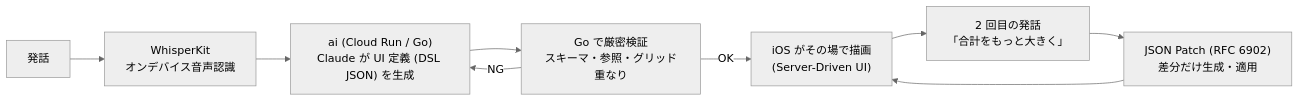
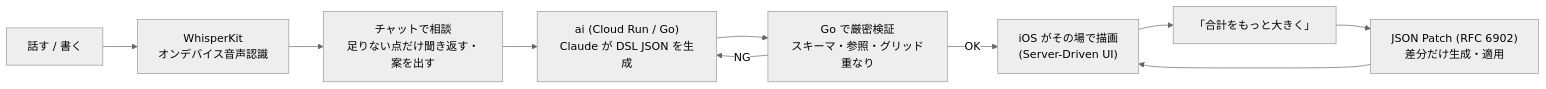
The first of 2 diagrams in README.md (jphacks/kz_2601), drawn with Mermaid (neutral theme) before and after one commit. The commit also changed other lines of this file and 8 other files, not shown here.

````diff
--- a/README.md
+++ b/README.md
@@ -30,11 +69,12 @@
 ```mermaid
 flowchart LR
-  U[発話] --> W["WhisperKit<br/>オンデバイス音声認識"]
-  W --> AI["ai (Cloud Run / Go)<br/>Claude が UI 定義 (DSL JSON) を生成"]
+  U[話す / 書く] --> W["WhisperKit<br/>オンデバイス音声認識"]
+  W --> C["チャットで相談<br/>足りない点だけ聞き返す・案を出す"]
+  C --> AI["ai (Cloud Run / Go)<br/>Claude が DSL JSON を生成"]
   AI --> V["Go で厳密検証<br/>スキーマ・参照・グリッド重なり"]
   V -- NG --> AI
   V -- OK --> R["iOS がその場で描画<br/>(Server-Driven UI)"]
-  R --> U2["2 回目の発話<br/>「合計をもっと大きく」"]
+  R --> U2["「合計をもっと大きく」"]
   U2 --> P["JSON Patch (RFC 6902)<br/>差分だけ生成・適用"]
   P --> R
 ```
````
